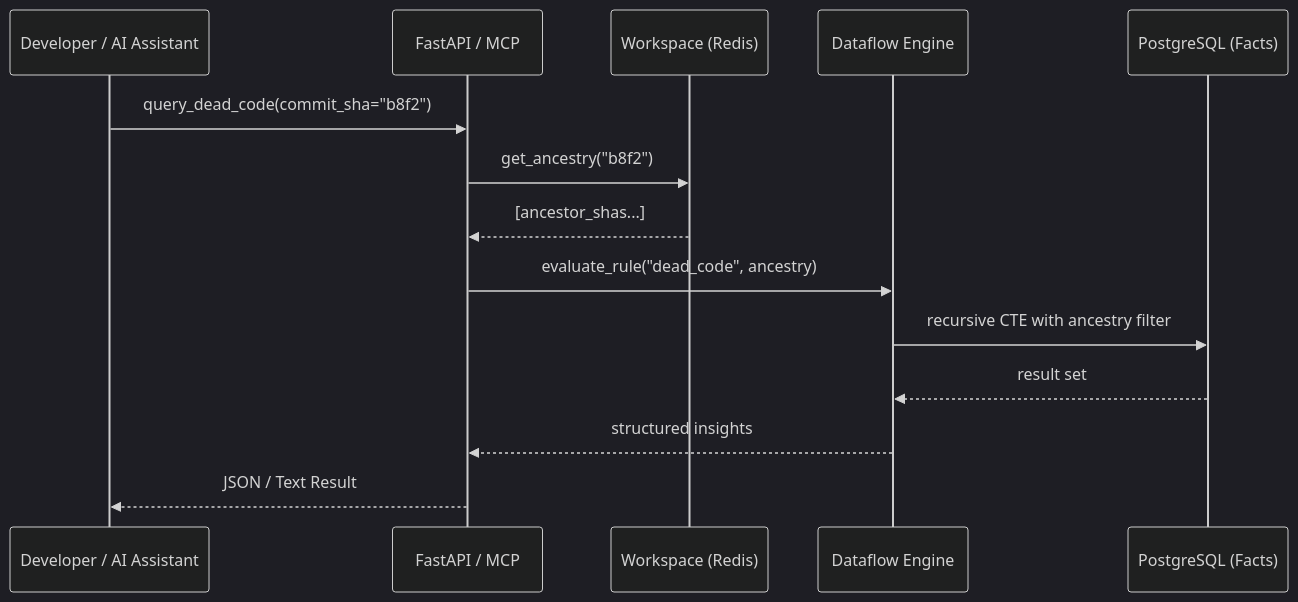
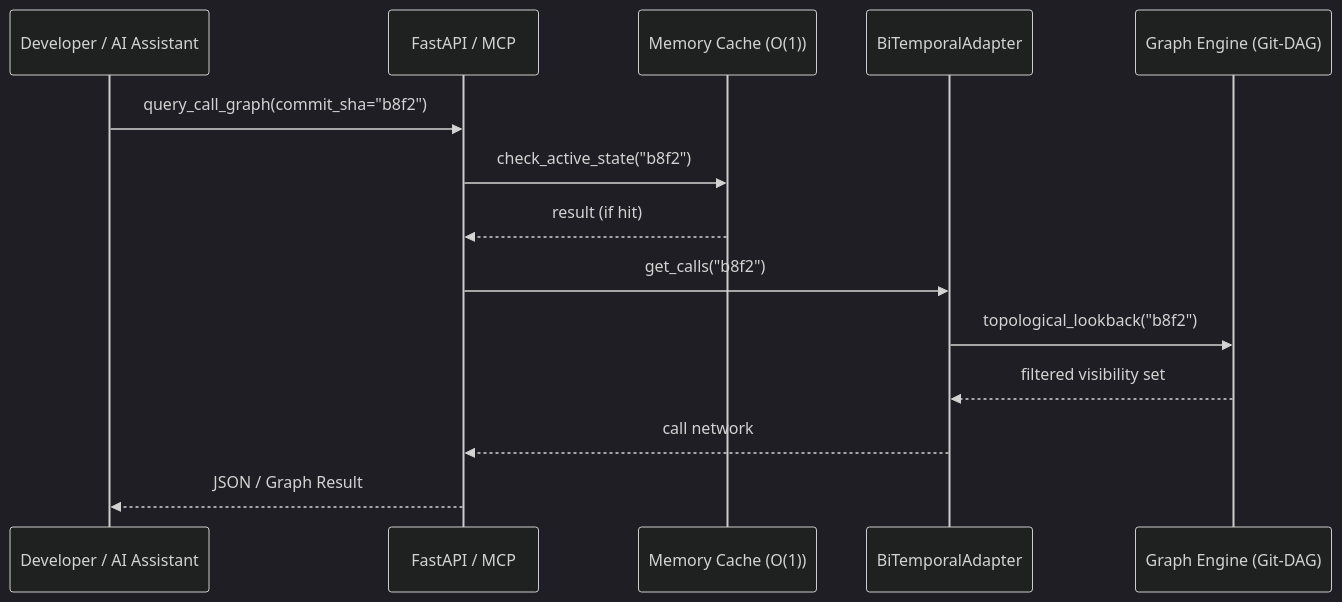
One commit to bmrtech-oss/code-intel changed the second of 2 diagrams in README.md. Above: the diagram before and after it, drawn with Mermaid (dark theme). The commit also changed other lines of this file and 40 other files, not shown here.

````diff
--- a/README.md
+++ b/README.md
@@ -54,17 +57,17 @@
 ```mermaid
 sequenceDiagram
     participant Dev as Developer / AI Assistant
     participant API as FastAPI / MCP
-    participant WS as Workspace (Redis)
-    participant Engine as Dataflow Engine
-    participant DB as PostgreSQL (Facts)
+    participant Cache as Memory Cache (O(1))
+    participant Adapter as BiTemporalAdapter
+    participant Engine as Graph Engine (Git-DAG)
 
-    Dev->>API: query_dead_code(commit_sha="b8f2")
-    API->>WS: get_ancestry("b8f2")
-    WS-->>API: [ancestor_shas...]
-    API->>Engine: evaluate_rule("dead_code", ancestry)
-    Engine->>DB: recursive CTE with ancestry filter
-    DB-->>Engine: result set
-    Engine-->>API: structured insights
-    API-->>Dev: JSON / Text Result
+    Dev->>API: query_call_graph(commit_sha="b8f2")
+    API->>Cache: check_active_state("b8f2")
+    Cache-->>API: result (if hit)
+    API->>Adapter: get_calls("b8f2")
+    Adapter->>Engine: topological_lookback("b8f2")
+    Engine-->>Adapter: filtered visibility set
+    Adapter-->>API: call network
+    API-->>Dev: JSON / Graph Result
 ```
````
